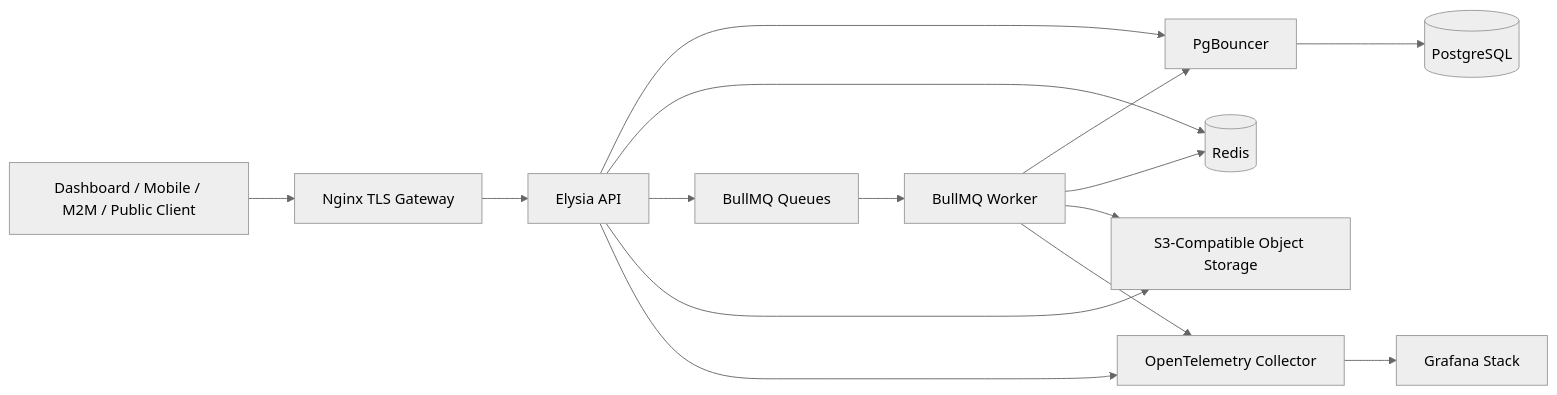
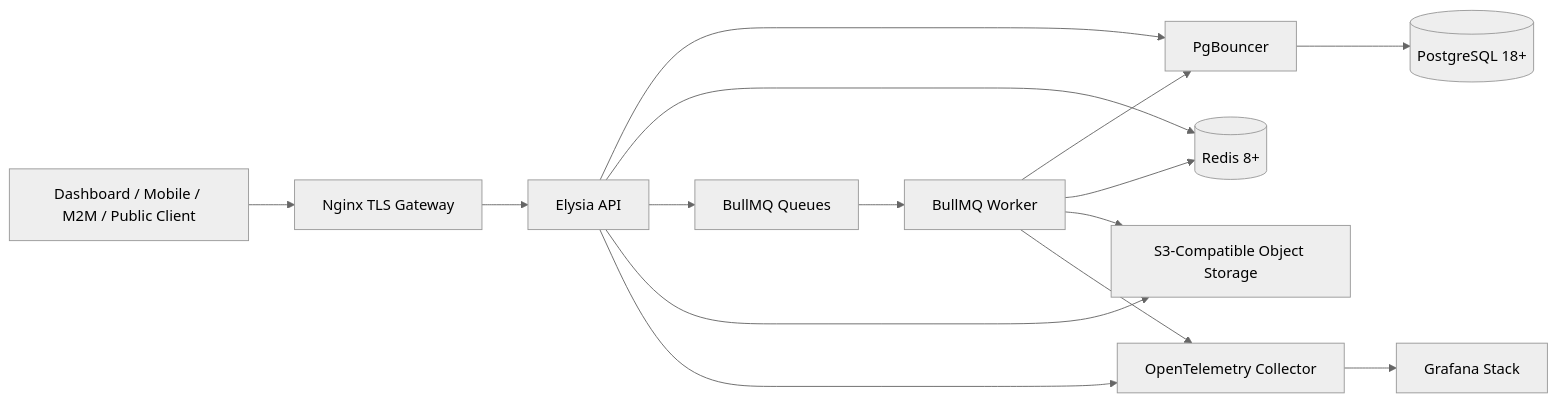
The first of 13 diagrams in raw/engineering/tech-stacks/2026-04-15-backend-bun-elysia-stack.md (takin/knowledge-base), drawn with Mermaid (neutral theme) before and after one commit. The commit also changed other lines of this file and 13 other files, not shown here.

````diff
--- a/raw/engineering/tech-stacks/2026-04-15-backend-bun-elysia-stack.md
+++ b/raw/engineering/tech-stacks/2026-04-15-backend-bun-elysia-stack.md
@@ -45,17 +45,17 @@
 ```mermaid
 flowchart LR
     Client[Dashboard / Mobile / M2M / Public Client] --> Nginx[Nginx TLS Gateway]
     Nginx --> API[Elysia API]
     API --> PgBouncer[PgBouncer]
-    PgBouncer --> Postgres[(PostgreSQL)]
-    API --> Redis[(Redis)]
+    PgBouncer --> Postgres[(PostgreSQL 18+)]
+    API --> Redis[(Redis 8+)]
     API --> Queue[BullMQ Queues]
     Queue --> Worker[BullMQ Worker]
     Worker --> PgBouncer
     Worker --> Redis
     Worker --> Storage[S3-Compatible Object Storage]
     API --> Storage
     API --> OTel[OpenTelemetry Collector]
     Worker --> OTel
     OTel --> Grafana[Grafana Stack]
 ```
````
